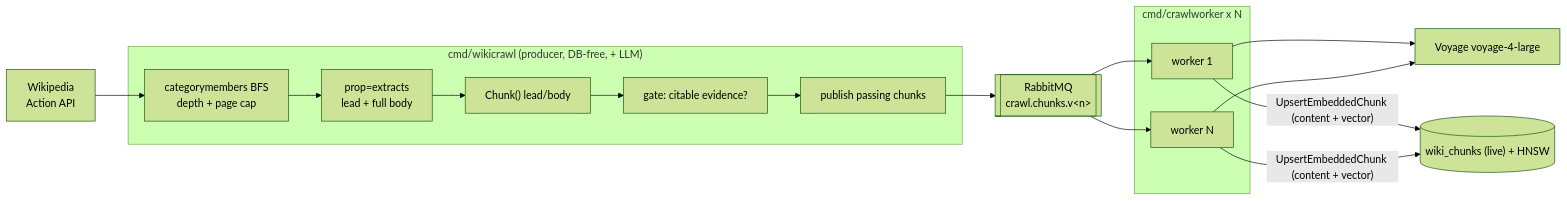
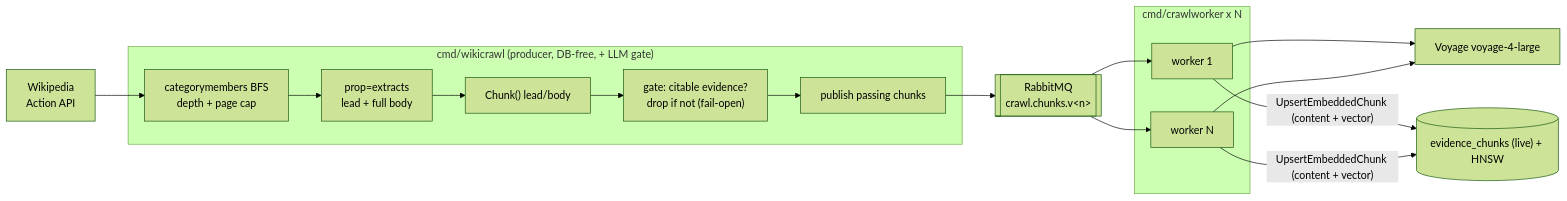
One commit to verovec/truth-in-stream changed the third of 3 diagrams in docs/ingestion-pipeline.md. Above: the diagram before and after it, drawn with Mermaid (forest theme). The commit also changed other lines of this file and 4 other files, not shown here.

````diff
--- a/docs/ingestion-pipeline.md
+++ b/docs/ingestion-pipeline.md
@@ -129,23 +140,23 @@
 ```mermaid
 flowchart LR
     CAT["Wikipedia<br/>Action API"]
-    subgraph PRODC["cmd/wikicrawl (producer, DB-free, + LLM)"]
+    subgraph PRODC["cmd/wikicrawl (producer, DB-free, + LLM gate)"]
       M["categorymembers BFS<br/>depth + page cap"]
       X["prop=extracts<br/>lead + full body"]
       C2["Chunk() lead/body"]
-      G2["gate: citable evidence?"]
+      G2["gate: citable evidence?<br/>drop if not (fail-open)"]
       P2["publish passing chunks"]
     end
     QC[["RabbitMQ<br/>crawl.chunks.v&lt;n&gt;"]]
     subgraph FLEETC["cmd/crawlworker x N"]
       CW1["worker 1"]
       CWN["worker N"]
     end
     Vc["Voyage voyage-4-large"]
-    LIVEC[("wiki_chunks (live) + HNSW")]
+    LIVEC[("evidence_chunks (live) + HNSW")]
 
     CAT --> M --> X --> C2 --> G2 --> P2 --> QC
     QC --> CW1 & CWN
     CW1 & CWN --> Vc
     CW1 & CWN -->|"UpsertEmbeddedChunk (content + vector)"| LIVEC
 ```
````
